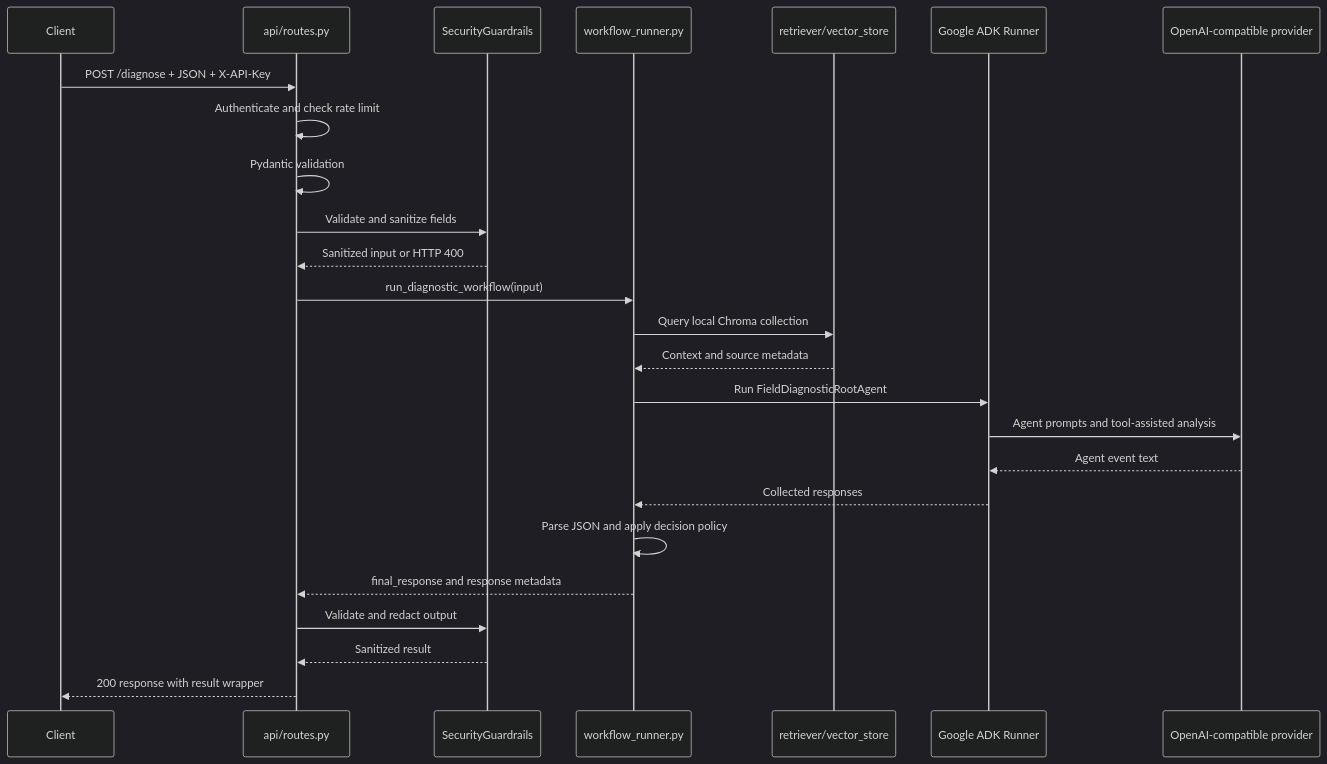
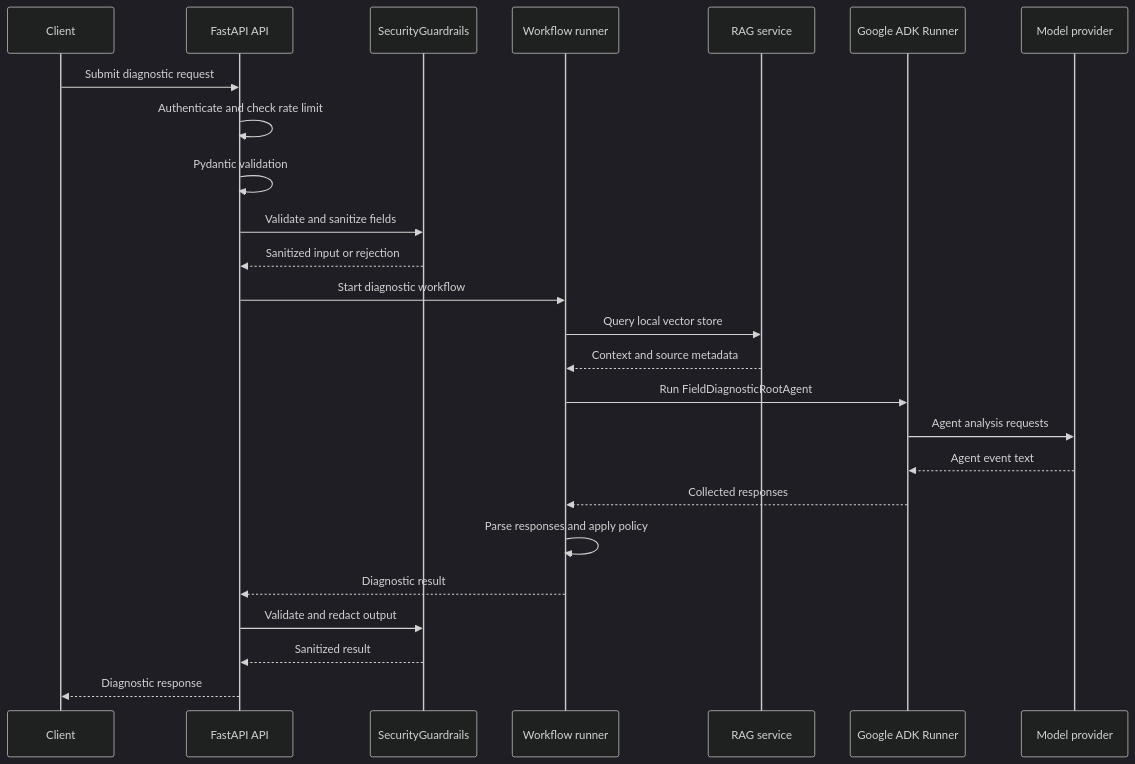
The second of 5 diagrams in README.md (SidIos25/AI_FIELD_DIAGNOSTIC), drawn with Mermaid (dark theme) before and after one commit. The commit also changed other lines of this file, not shown here.

Commit message:
Revise architecture and flow diagrams in README

````diff
--- a/README.md
+++ b/README.md
@@ -80,28 +80,28 @@
 ```mermaid
 sequenceDiagram
-      participant Client
-      participant API as api/routes.py
+   participant Client
+   participant API as FastAPI API
       participant Guard as SecurityGuardrails
-      participant Runner as workflow_runner.py
-      participant RAG as retriever/vector_store
+   participant Runner as Workflow runner
+   participant RAG as RAG service
       participant ADK as Google ADK Runner
-      participant Model as OpenAI-compatible provider
+   participant Model as Model provider
 
-      Client->>API: POST /diagnose + JSON + X-API-Key
+   Client->>API: Submit diagnostic request
       API->>API: Authenticate and check rate limit
       API->>API: Pydantic validation
       API->>Guard: Validate and sanitize fields
-      Guard-->>API: Sanitized input or HTTP 400
-      API->>Runner: run_diagnostic_workflow(input)
-      Runner->>RAG: Query local Chroma collection
+   Guard-->>API: Sanitized input or rejection
+   API->>Runner: Start diagnostic workflow
+   Runner->>RAG: Query local vector store
       RAG-->>Runner: Context and source metadata
       Runner->>ADK: Run FieldDiagnosticRootAgent
-      ADK->>Model: Agent prompts and tool-assisted analysis
+   ADK->>Model: Agent analysis requests
       Model-->>ADK: Agent event text
       ADK-->>Runner: Collected responses
-      Runner->>Runner: Parse JSON and apply decision policy
-      Runner-->>API: final_response and response metadata
+   Runner->>Runner: Parse responses and apply policy
+   Runner-->>API: Diagnostic result
       API->>Guard: Validate and redact output
       Guard-->>API: Sanitized result
-      API-->>Client: 200 response with result wrapper
+   API-->>Client: Diagnostic response
 ```
````
